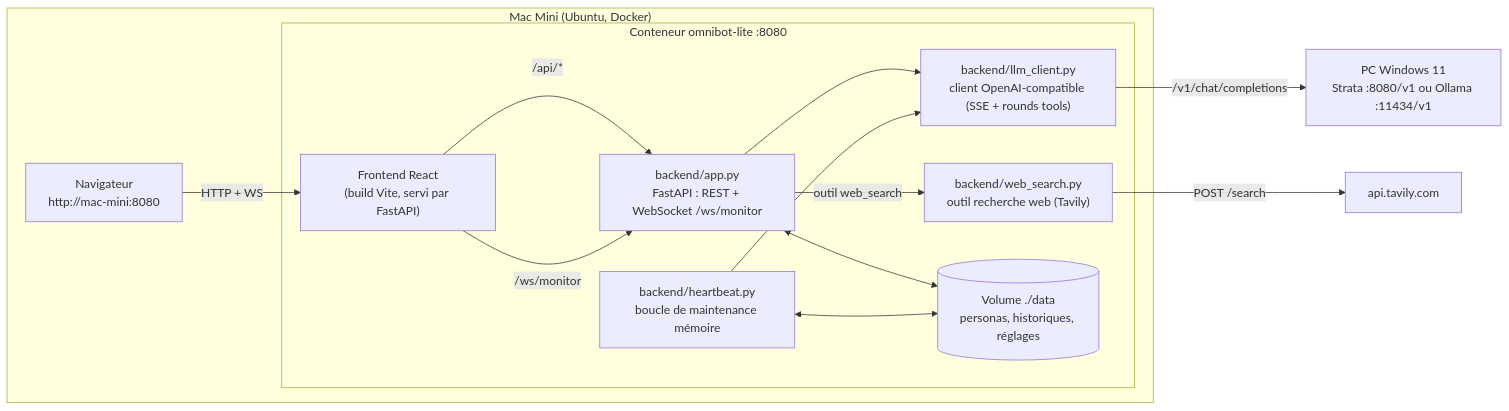
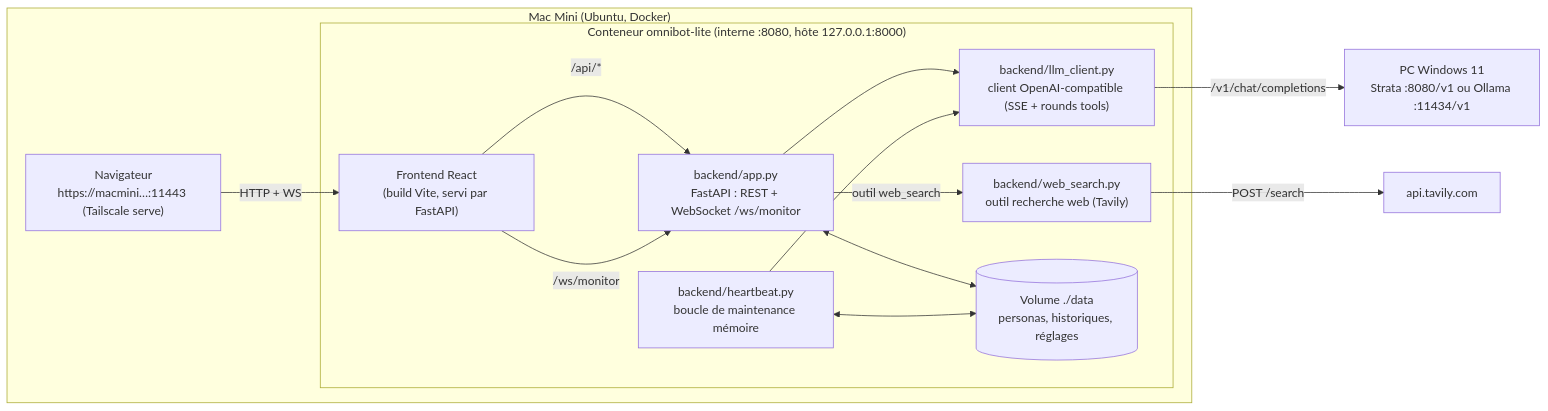
One commit to nathanielRasoanaivo/OmniBot changed the first of 2 diagrams in omnibot-lite/ARCHITECTURE.md. Above: the diagram before and after it, drawn with Mermaid. The commit also changed other lines of this file and 2 other files, not shown here.

Commit message:
omnibot-lite: port hôte 127.0.0.1:8000 (LAN fermé), accès via tailscale serve; doc à jour

````diff
--- a/omnibot-lite/ARCHITECTURE.md
+++ b/omnibot-lite/ARCHITECTURE.md
@@ -7,27 +7,27 @@
 ```mermaid
 flowchart LR
     subgraph MacMini["Mac Mini (Ubuntu, Docker)"]
-        subgraph Container["Conteneur omnibot-lite :8080"]
+        subgraph Container["Conteneur omnibot-lite (interne :8080, hôte 127.0.0.1:8000)"]
             SPA["Frontend React<br/>(build Vite, servi par FastAPI)"]
             API["backend/app.py<br/>FastAPI : REST + WebSocket /ws/monitor"]
             LLM["backend/llm_client.py<br/>client OpenAI-compatible (SSE + rounds tools)"]
             HB["backend/heartbeat.py<br/>boucle de maintenance mémoire"]
             WS_["backend/web_search.py<br/>outil recherche web (Tavily)"]
             DATA[("Volume ./data<br/>personas, historiques, réglages")]
         end
-        BROWSER["Navigateur<br/>http://mac-mini:8080"]
+    BROWSER["Navigateur<br/>https://macmini…:11443 (Tailscale serve)"]
     end
     STRATA["PC Windows 11<br/>Strata :8080/v1 ou Ollama :11434/v1"]
     TAVILY["api.tavily.com"]
 
     BROWSER -- "HTTP + WS" --> SPA
     SPA -- "/api/*" --> API
     SPA -- "/ws/monitor" --> API
     API --> LLM
     HB --> LLM
     API -- "outil web_search" --> WS_
     WS_ -- "POST /search" --> TAVILY
     LLM -- "/v1/chat/completions" --> STRATA
     API <--> DATA
     HB <--> DATA
 ```
````
